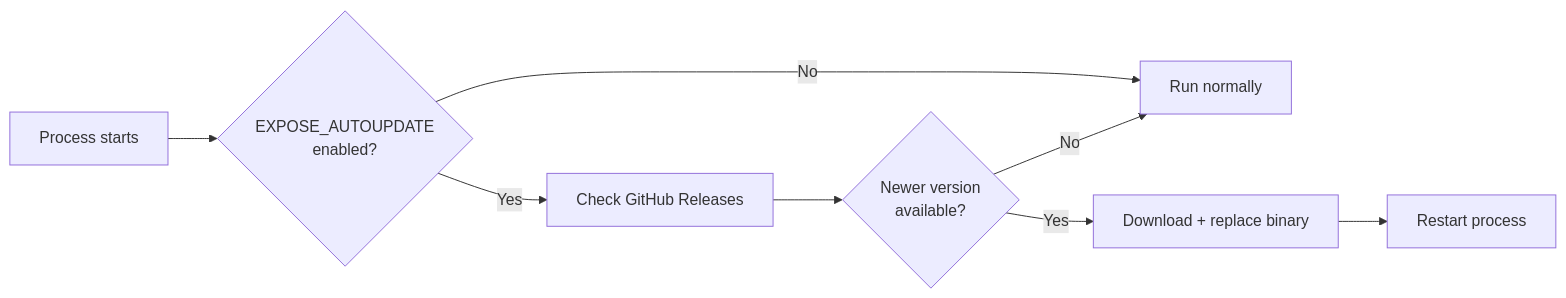
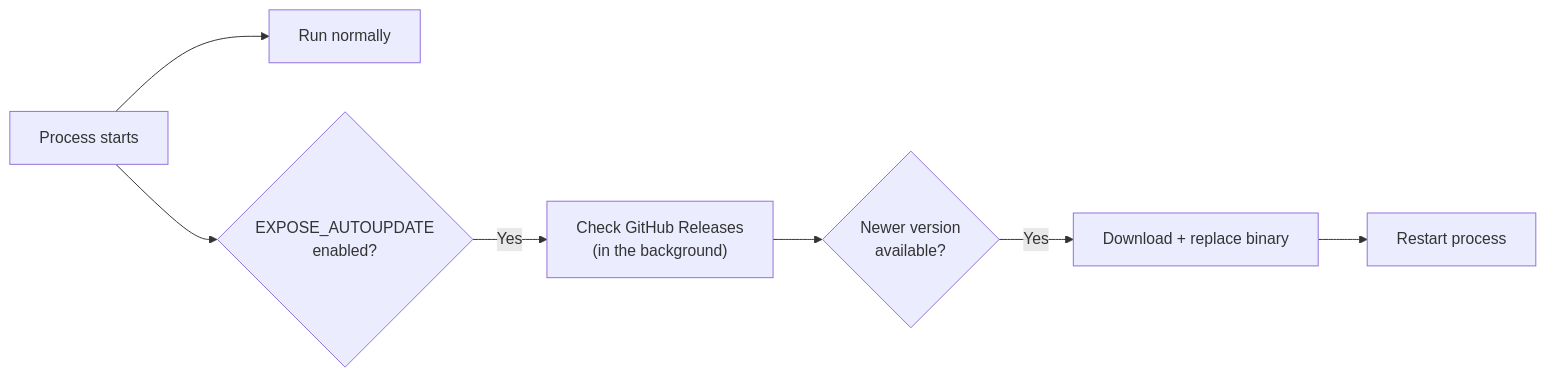
The diagram in docs/auto-update.md (koltyakov/expose), drawn with Mermaid before and after one commit. The commit also changed other lines of this file and 87 other files, not shown here.

````diff
--- a/docs/auto-update.md
+++ b/docs/auto-update.md
@@ -7,10 +7,9 @@
 ```mermaid
 flowchart LR
-    Start["Process starts"] --> Check{"EXPOSE_AUTOUPDATE<br/>enabled?"}
-    Check -- No --> Run["Run normally"]
-    Check -- Yes --> Fetch["Check GitHub Releases"]
+    Start["Process starts"] --> Run["Run normally"]
+    Start --> Check{"EXPOSE_AUTOUPDATE<br/>enabled?"}
+    Check -- Yes --> Fetch["Check GitHub Releases<br/>(in the background)"]
     Fetch --> New{"Newer version<br/>available?"}
-    New -- No --> Run
     New -- Yes --> Download["Download + replace binary"]
     Download --> Restart["Restart process"]
 ```
````
